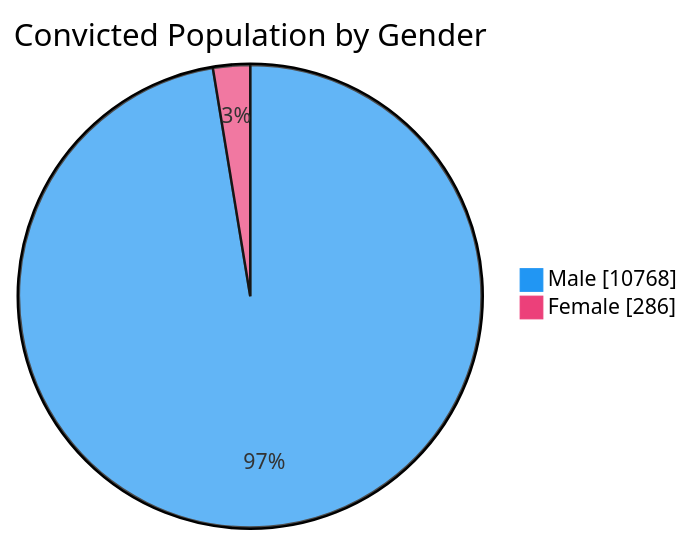
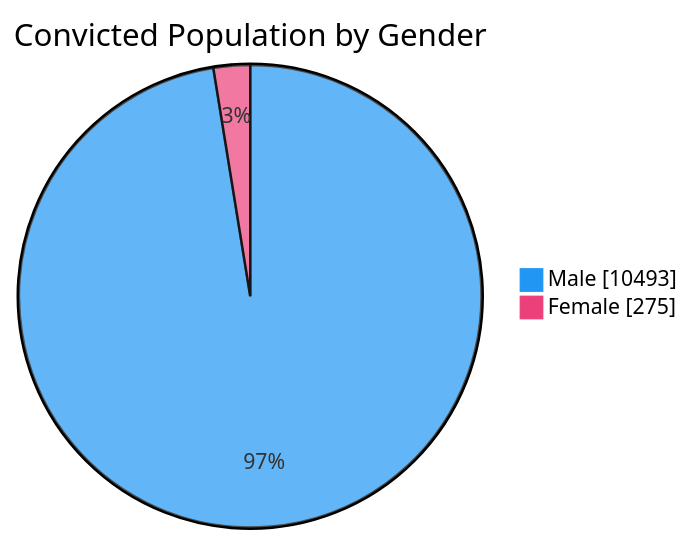
Before and after one commit to nuuuwan/lk_prisons: the third of 7 diagrams in README.md, drawn with Mermaid. The commit also changed other lines of this file and 1 other file, not shown here.

````diff
--- a/README.md
+++ b/README.md
@@ -65,6 +65,6 @@
 ```mermaid
 %%{init: {'themeVariables': {'pie1': '#2196F3', 'pie2': '#EC407A'}}}%%
 pie showData title Convicted Population by Gender
-    "Male" : 10768
-    "Female" : 286
+    "Male" : 10493
+    "Female" : 275
 ```
````
